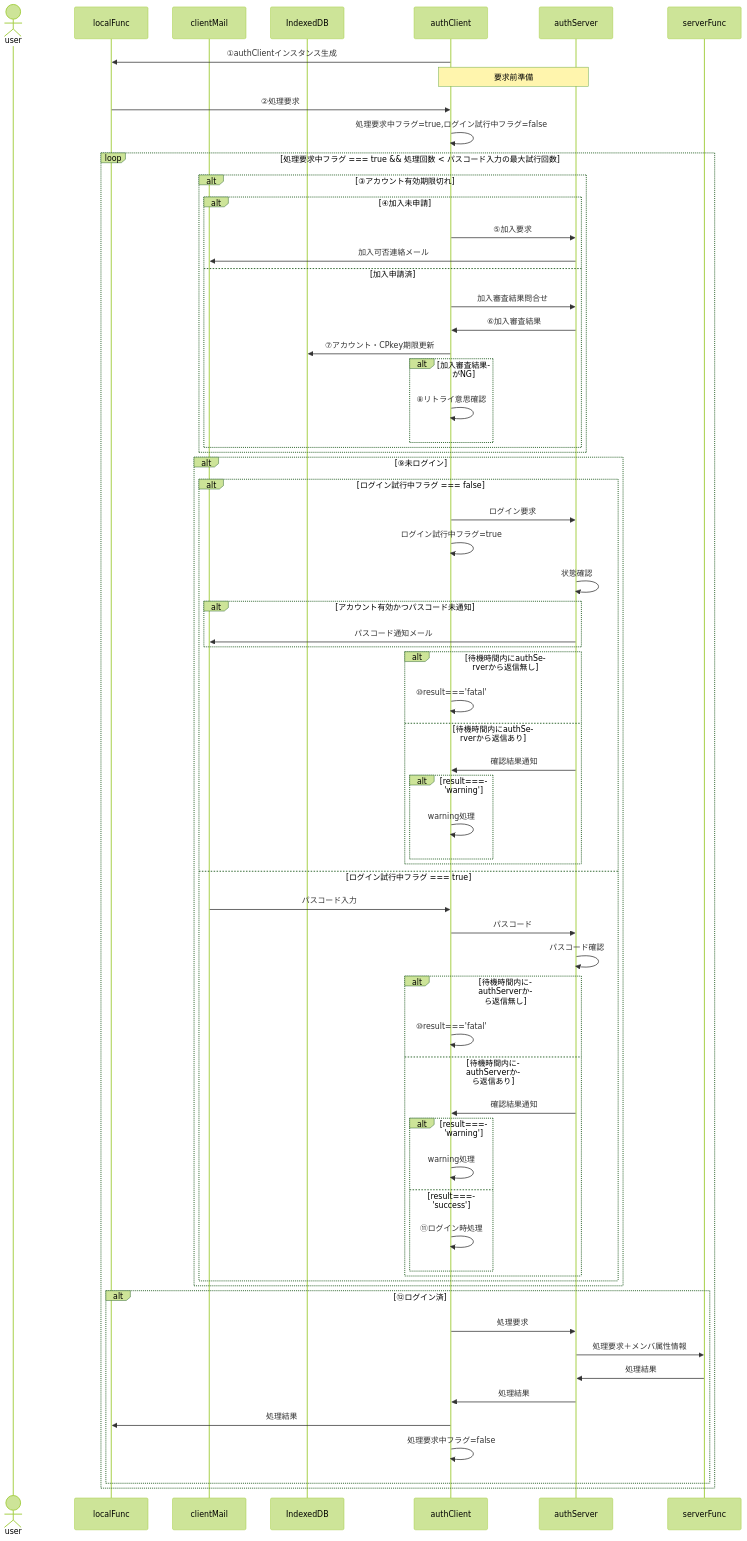
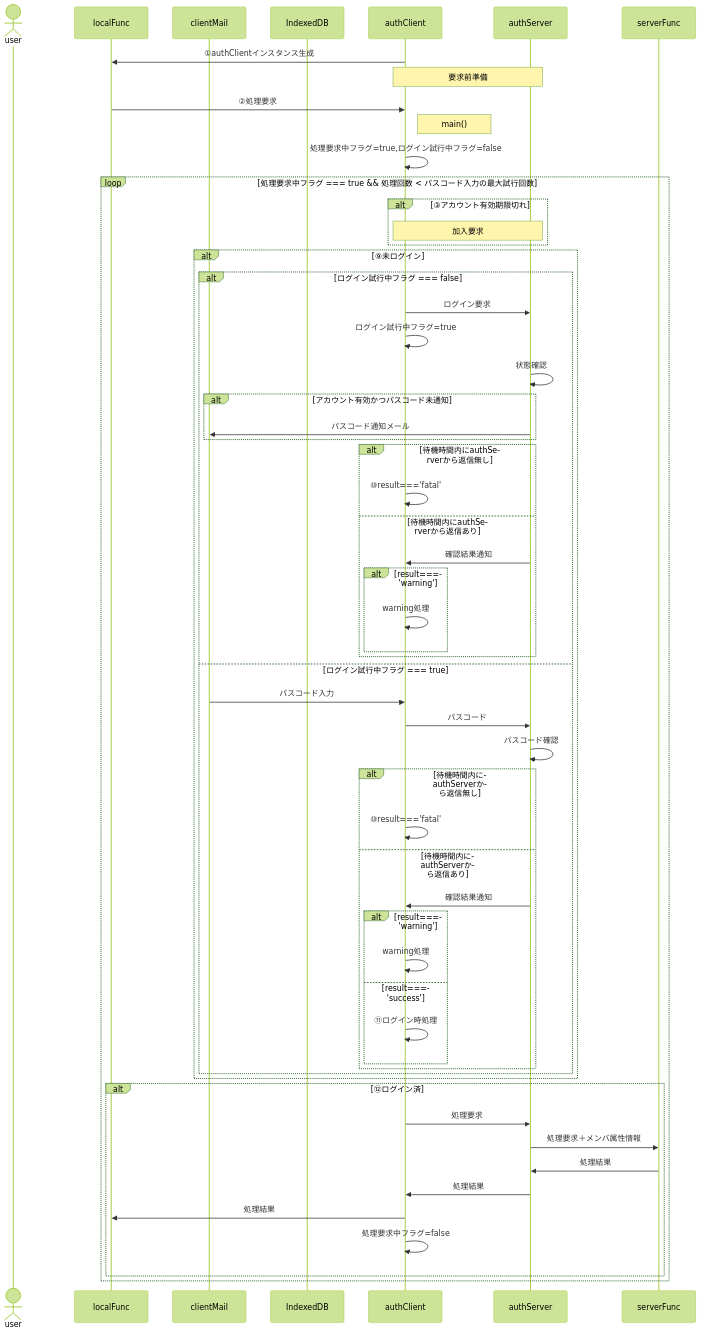
One commit to nakaone/library changed the first of 4 diagrams in underDev/Auth/question.md. Above: the diagram before and after it, drawn with Mermaid (forest theme). The commit also changed other lines of this file and 7 other files, not shown here.

````diff
--- a/underDev/Auth/question.md
+++ b/underDev/Auth/question.md
@@ -62,79 +62,69 @@
 ```mermaid
 sequenceDiagram
   actor user
   participant localFunc
   participant clientMail
   %%participant encryptRequest
   participant IndexedDB
   participant authClient
   participant authServer
   %%participant memberList
   %%participant decryptRequest
   participant serverFunc
   %%actor admin
 
   authClient->>localFunc: ①authClientインスタンス生成
   Note over authClient,authServer: 要求前準備
   localFunc->>authClient: ②処理要求
+  Note right of authClient: main()
 
   authClient->>authClient: 処理要求中フラグ=true,ログイン試行中フラグ=false
   loop 処理要求中フラグ === true && 処理回数 < パスコード入力の最大試行回数
 
     alt ③アカウント有効期限切れ
-      alt ④加入未申請
-        authClient->>authServer: ⑤加入要求
-        %% 加入審査は人間系なので到着日時未定
-        authServer->>clientMail: 加入可否連絡メール
-      else 加入申請済
-        authClient->>authServer: 加入審査結果問合せ
-        authServer->>authClient: ⑥加入審査結果
-        authClient->>IndexedDB: ⑦アカウント・CPkey期限更新
-        alt 加入審査結果がNG
-          authClient->>authClient: ⑧リトライ意思確認
-        end
-      end
+      Note over authClient,authServer: 加入要求
     end
 
     alt ⑨未ログイン
       alt ログイン試行中フラグ === false
         authClient->>authServer: ログイン要求
         authClient->>authClient: ログイン試行中フラグ=true
         authServer->>authServer: 状態確認
         alt アカウント有効かつパスコード未通知
           authServer->>clientMail: パスコード通知メール
         end
         alt 待機時間内にauthServerから返信無し
           authClient->>authClient: ⑩result==='fatal'
         else 待機時間内にauthServerから返信あり
           authServer->>authClient: 確認結果通知
           alt result==='warning'
             authClient->>authClient: warning処理
           end
         end
       else ログイン試行中フラグ === true
         clientMail->>authClient: パスコード入力
         authClient->>authServer: パスコード
         authServer->>authServer: パスコード確認
         alt 待機時間内にauthServerから返信無し
           authClient->>authClient: ⑩result==='fatal'
         else 待機時間内にauthServerから返信あり
           authServer->>authClient: 確認結果通知
           alt result==='warning'
             authClient->>authClient: warning処理
           else result==='success'
             authClient->>authClient: ⑪ログイン時処理
           end
         end
       end
     end
 
     alt ⑫ログイン済
       authClient->>authServer: 処理要求
       authServer->>serverFunc: 処理要求＋メンバ属性情報
       serverFunc->>authServer: 処理結果
       authServer->>authClient: 処理結果
       authClient->>localFunc: 処理結果
       authClient->>authClient: 処理要求中フラグ=false
     end
   end
 ```
````
